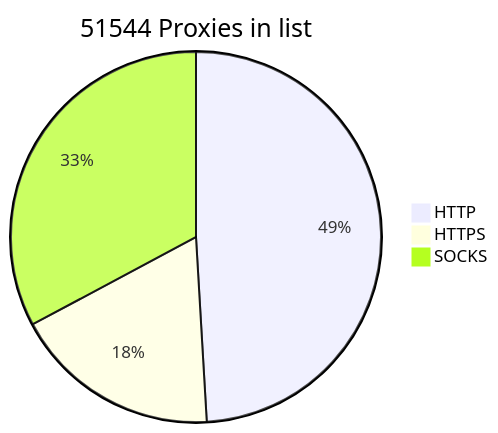
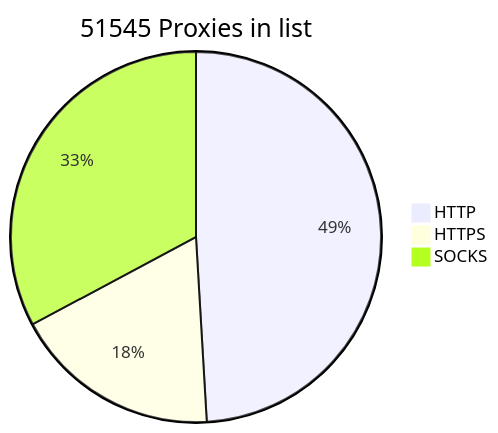
One commit to BlackSnowDot/proxylist-update-every-minute changed the diagram in README.md. Above: the diagram before and after it, drawn with Mermaid.

````diff
--- a/README.md
+++ b/README.md
@@ -2,6 +2,6 @@
 ```mermaid
-pie title 51544 Proxies in list
-    "HTTP" : 28479
-    "HTTPS": 10512
+pie title 51545 Proxies in list
+    "HTTP" : 28480
+    "HTTPS": 10514
     "SOCKS" : 19045
 ```
````
